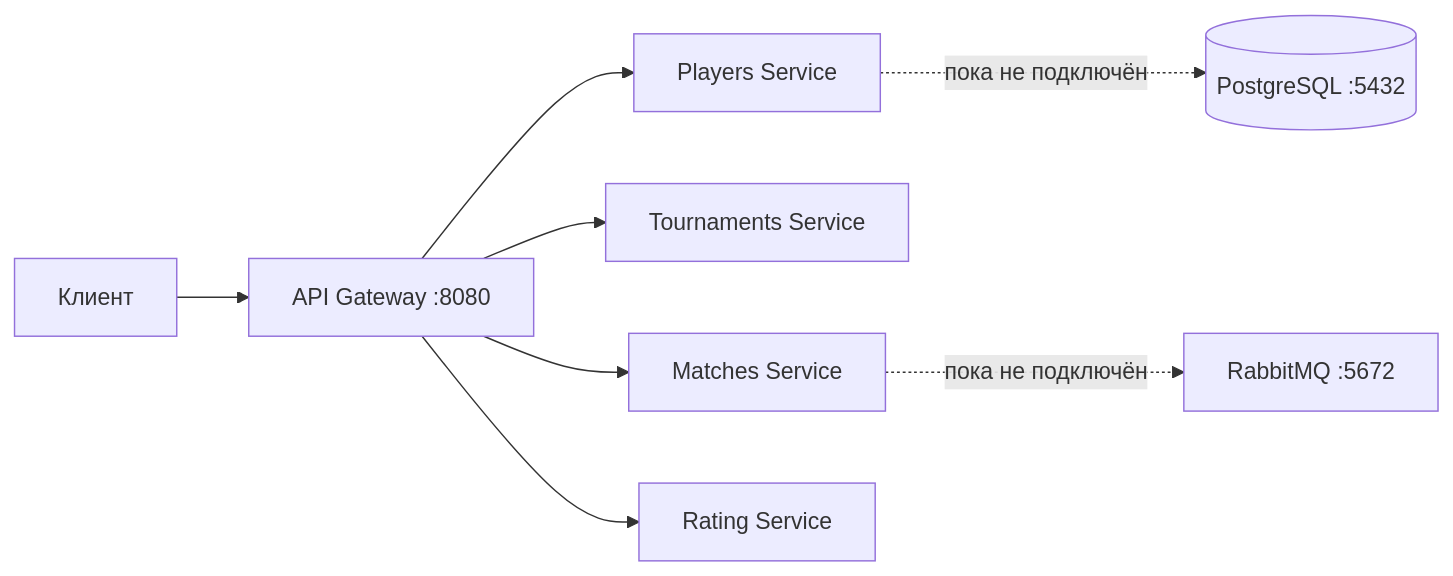
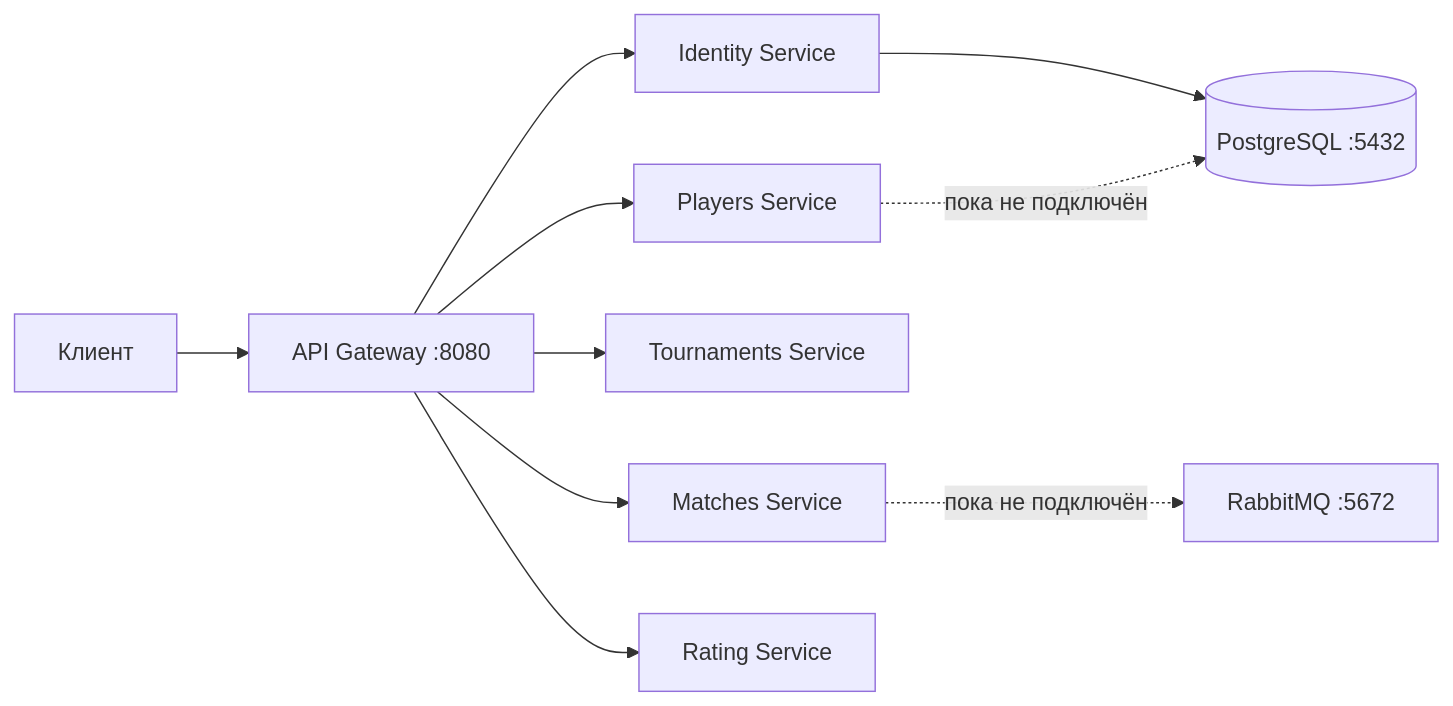
The diagram in README.md (Neyvk/TournamentPlatform), drawn with Mermaid before and after one commit. The commit also changed other lines of this file and 10 other files, not shown here.

````diff
--- a/README.md
+++ b/README.md
@@ -17,10 +17,12 @@
 ```mermaid
 flowchart LR
     Client[Клиент] --> Gateway[API Gateway :8080]
+    Gateway --> Identity[Identity Service]
     Gateway --> Players[Players Service]
     Gateway --> Tournaments[Tournaments Service]
     Gateway --> Matches[Matches Service]
     Gateway --> Rating[Rating Service]
-    Players -. пока не подключён .-> DB[(PostgreSQL :5432)]
+    Identity --> DB[(PostgreSQL :5432)]
+    Players -. пока не подключён .-> DB
     Matches -. пока не подключён .-> MQ[RabbitMQ :5672]
 ```
````
